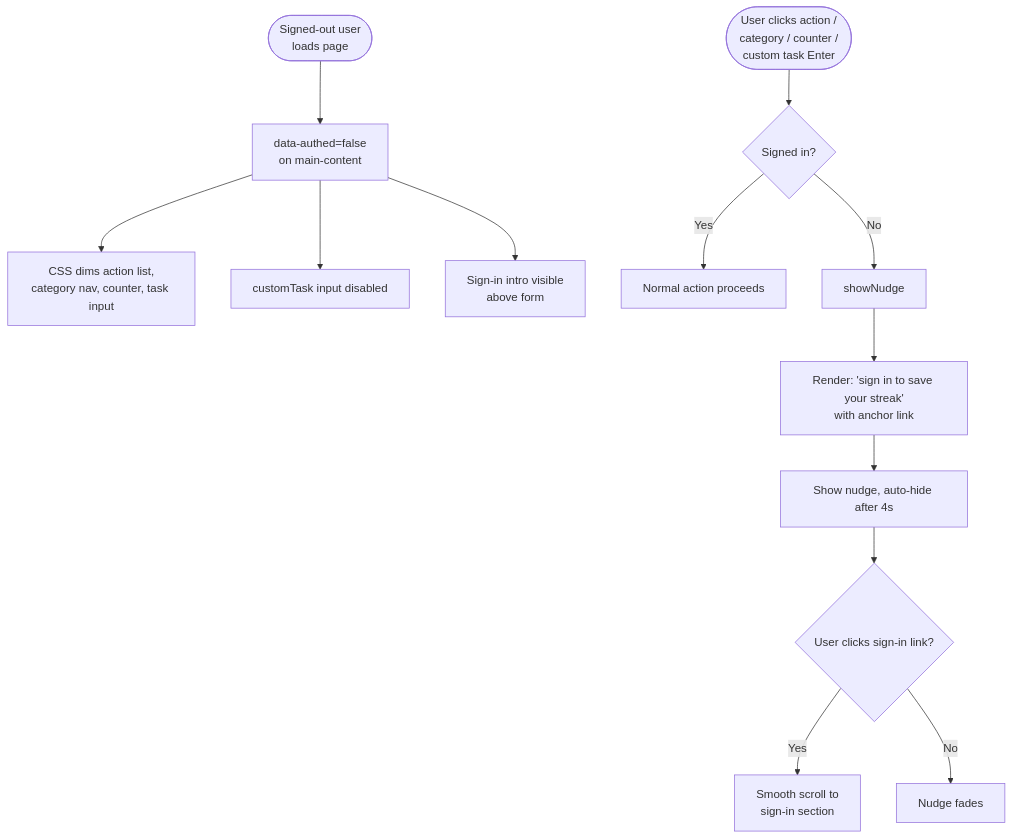
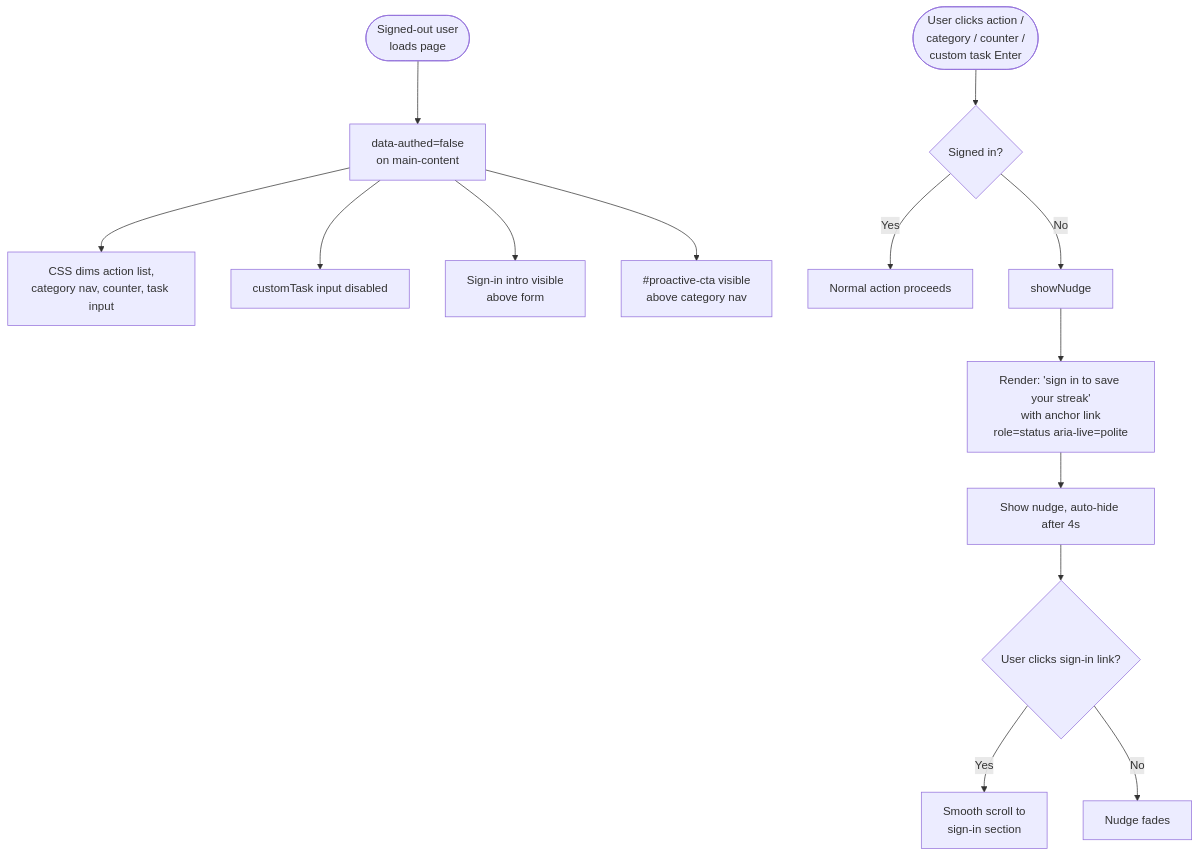
Before and after one commit to mwh-max/onesmallhoof: the seventh of 9 diagrams in DIAGRAMS.md, drawn with Mermaid. The commit also changed 3 other files, not shown here.

````diff
--- a/DIAGRAMS.md
+++ b/DIAGRAMS.md
@@ -159,16 +159,17 @@
 ```mermaid
 flowchart TD
     A([Signed-out user\nloads page]) --> B[data-authed=false\non main-content]
     B --> C[CSS dims action list,\ncategory nav, counter, task input]
     B --> D[customTask input disabled]
     B --> E[Sign-in intro visible\nabove form]
+    B --> F[#proactive-cta visible\nabove category nav]
 
-    F([User clicks action /\ncategory / counter /\ncustom task Enter]) --> G{Signed in?}
-    G -->|Yes| H[Normal action proceeds]
-    G -->|No| I[showNudge]
-    I --> J["Render: 'sign in to save your streak'\nwith anchor link"]
-    J --> K[Show nudge, auto-hide after 4s]
-    K --> L{User clicks sign-in link?}
-    L -->|Yes| M[Smooth scroll to\nsign-in section]
-    L -->|No| N[Nudge fades]
+    G([User clicks action /\ncategory / counter /\ncustom task Enter]) --> H{Signed in?}
+    H -->|Yes| I[Normal action proceeds]
+    H -->|No| J[showNudge]
+    J --> K["Render: 'sign in to save your streak'\nwith anchor link\nrole=status aria-live=polite"]
+    K --> L[Show nudge, auto-hide after 4s]
+    L --> M{User clicks sign-in link?}
+    M -->|Yes| N[Smooth scroll to\nsign-in section]
+    M -->|No| O[Nudge fades]
 ```
````
